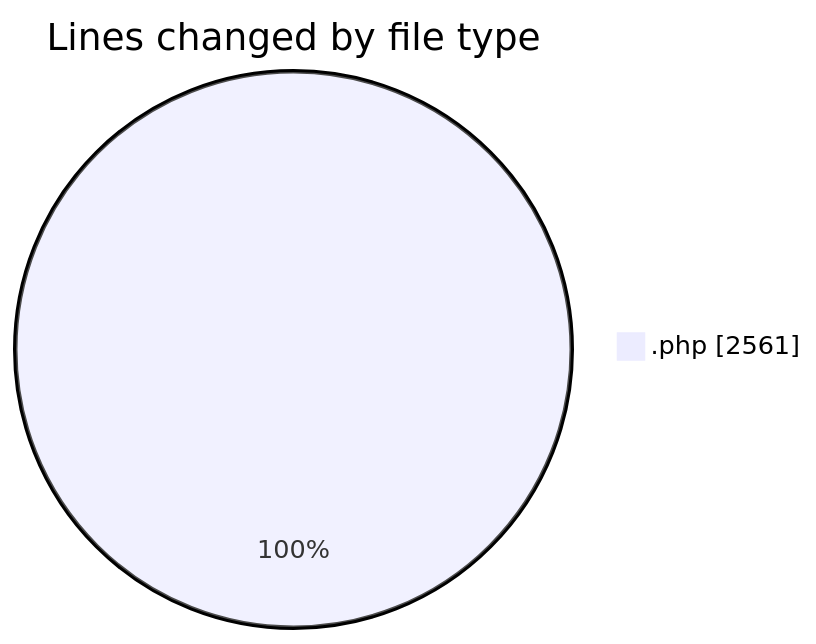
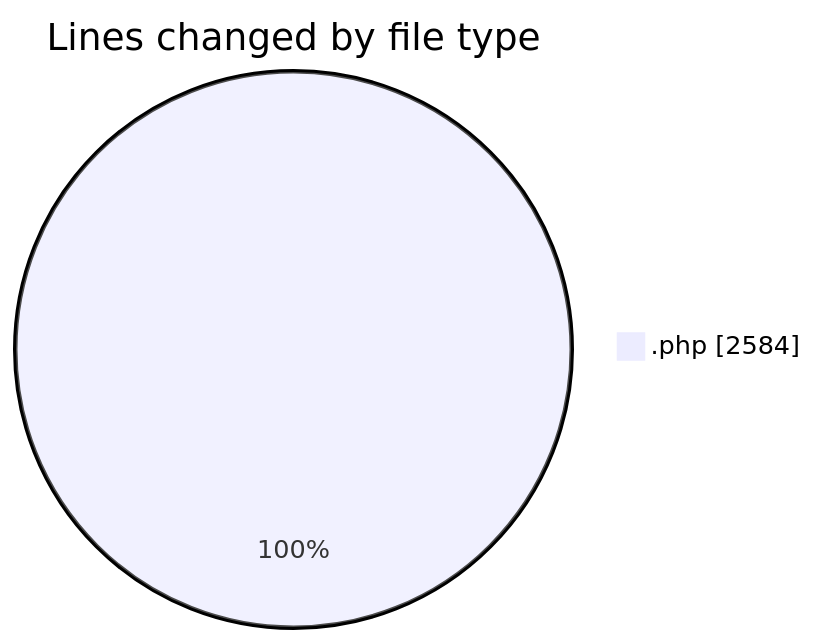
The first of 2 diagrams in 2025-10-17/untitled__workspace_/README.md (debugP/code-tracking), drawn with Mermaid before and after one commit. The commit also changed other lines of this file and 1 other file, not shown here.

````diff
--- a/2025-10-17/untitled__workspace_/README.md
+++ b/2025-10-17/untitled__workspace_/README.md
@@ -22,5 +22,5 @@
 ```mermaid
 pie showData
 title Lines changed by file type
-".php" : 2561
+".php" : 2584
 ```
````
